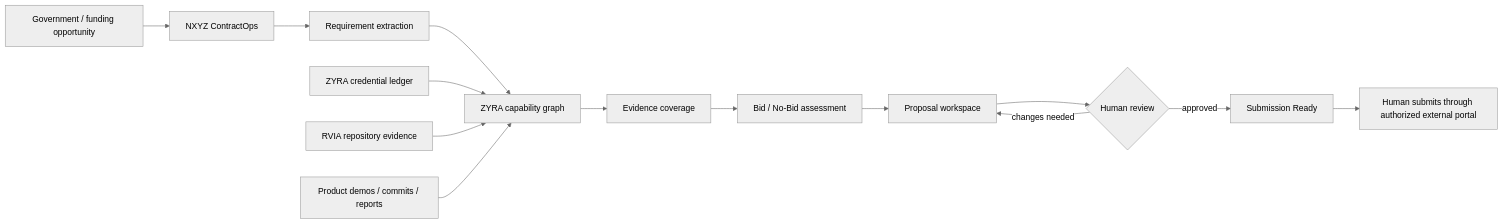
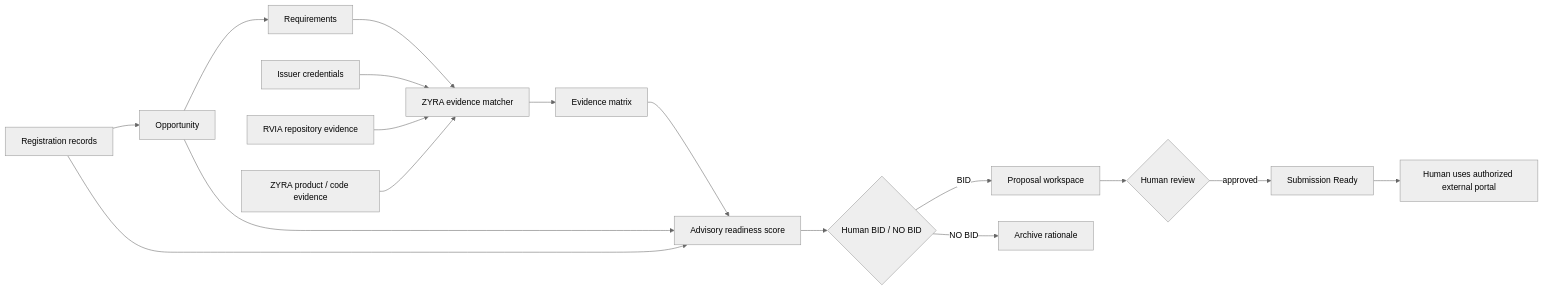
Before and after one commit to sonoxo/zyra: the first of 3 diagrams in products/nxyz-contractops/README.md, drawn with Mermaid (neutral theme). The commit also changed other lines of this file, not shown here.

Commit message:
docs(contractops): ship v0.5 beginner product README with operational flow

````diff
--- a/products/nxyz-contractops/README.md
+++ b/products/nxyz-contractops/README.md
@@ -109,16 +58,19 @@
 ```mermaid
 flowchart LR
-    A[Government / funding opportunity] --> B[NXYZ ContractOps]
-    B --> C[Requirement extraction]
-    C --> D[ZYRA capability graph]
-    E[ZYRA credential ledger] --> D
+    A[Registration records] --> B[Opportunity]
+    B --> C[Requirements]
+    C --> D[ZYRA evidence matcher]
+    E[Issuer credentials] --> D
     F[RVIA repository evidence] --> D
-    G[Product demos / commits / reports] --> D
-    D --> H[Evidence coverage]
-    H --> I[Bid / No-Bid assessment]
-    I --> J[Proposal workspace]
-    J --> K{Human review}
-    K -->|changes needed| J
-    K -->|approved| L[Submission Ready]
-    L --> M[Human submits through authorized external portal]
+    G[ZYRA product / code evidence] --> D
+    D --> H[Evidence matrix]
+    H --> I[Advisory readiness score]
+    A --> I
+    B --> I
+    I --> J{Human BID / NO BID}
+    J -->|BID| K[Proposal workspace]
+    J -->|NO BID| L[Archive rationale]
+    K --> M{Human review}
+    M -->|approved| N[Submission Ready]
+    N --> O[Human uses authorized external portal]
 ```
````
